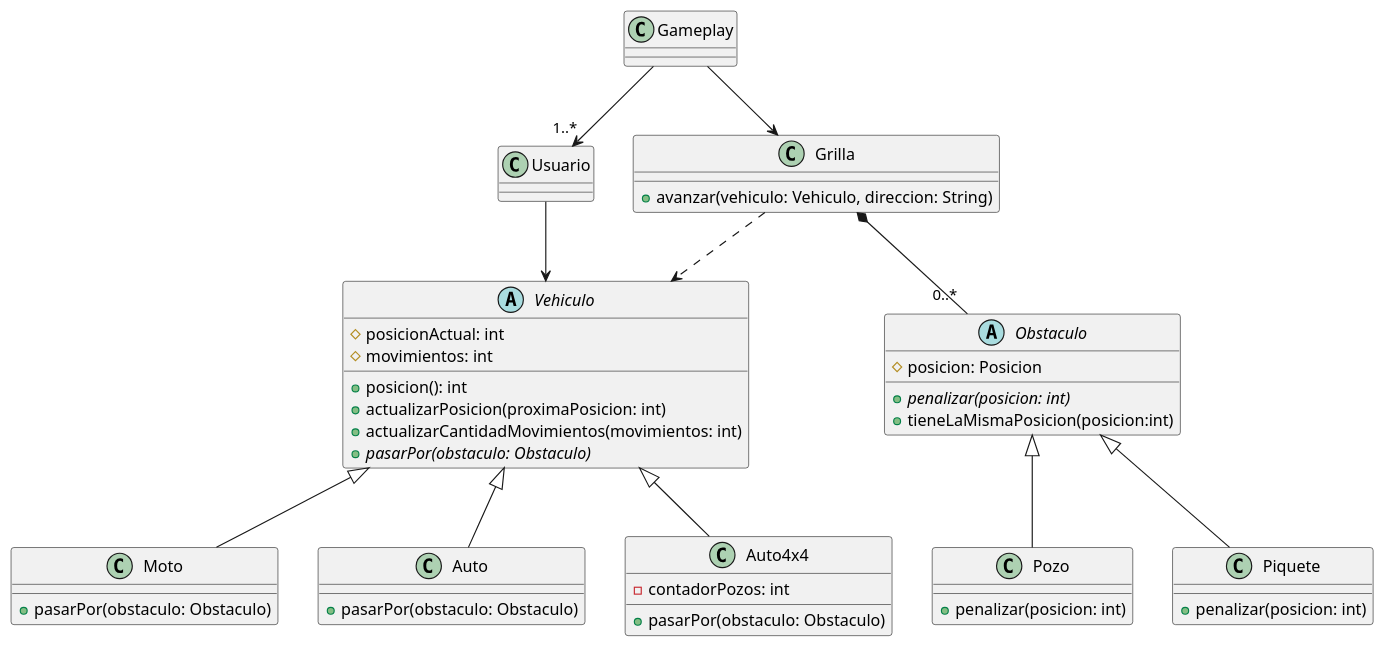
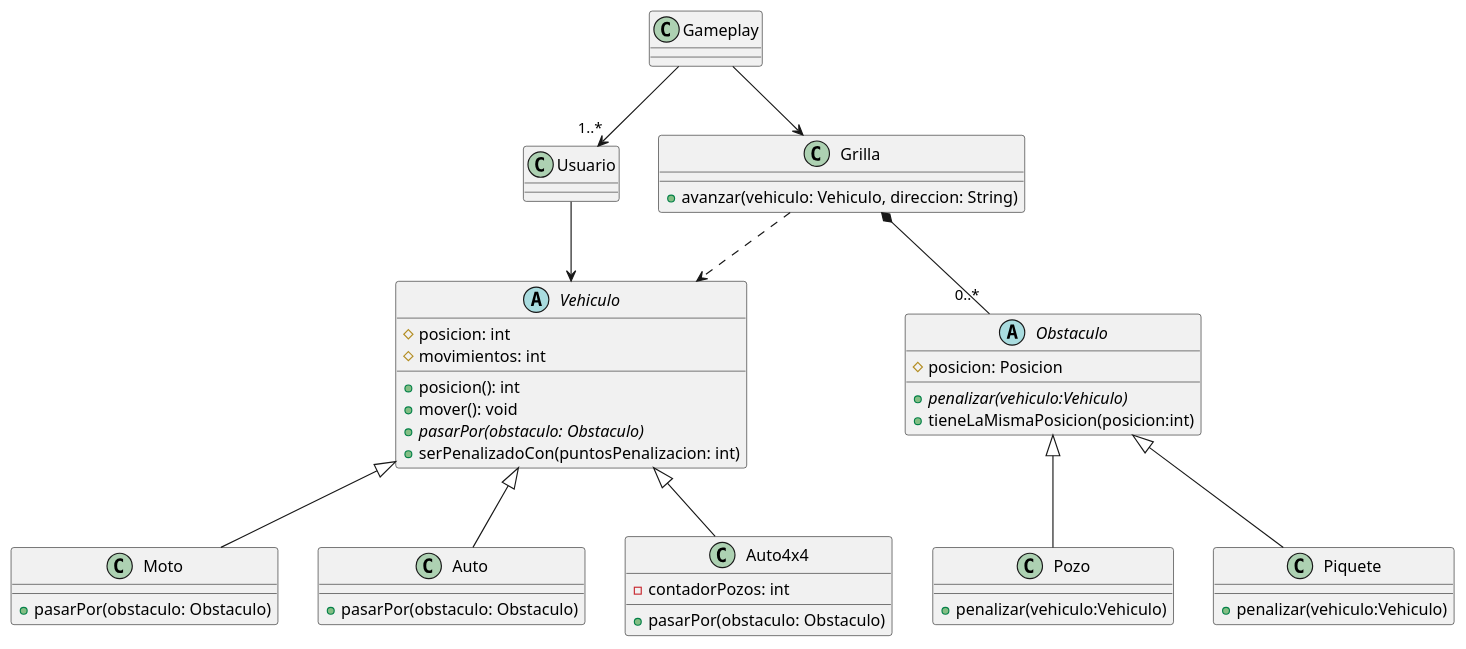
The diagram in diagrams/classes/dc.plantuml (Dolo-pavon01/gpsChallenge), drawn with PlantUML before and after one commit.

```diff
--- a/diagrams/classes/dc.plantuml
+++ b/diagrams/classes/dc.plantuml
@@ -1,60 +1,60 @@
 @startuml
 
 class Gameplay {}
 
 class Grilla {
     + avanzar(vehiculo: Vehiculo, direccion: String)
 }
 
 class Usuario {}
 
 abstract class Vehiculo {
-    # posicionActual: int
+    # posicion: int
     # movimientos: int
     + posicion(): int
-    + actualizarPosicion(proximaPosicion: int)
-    + actualizarCantidadMovimientos(movimientos: int)
+    + mover(): void
     + {abstract} pasarPor(obstaculo: Obstaculo)
+    + serPenalizadoCon(puntosPenalizacion: int)
 }
 
 class Moto {
     + pasarPor(obstaculo: Obstaculo)
 }
 
 class Auto {
     + pasarPor(obstaculo: Obstaculo)
 }
 
 class Auto4x4 {
     - contadorPozos: int
     + pasarPor(obstaculo: Obstaculo)
 }
 
 abstract class Obstaculo {
     # posicion: Posicion
-    + {abstract} penalizar(posicion: int)
+    + {abstract} penalizar(vehiculo:Vehiculo)
     + tieneLaMismaPosicion(posicion:int)
 }
 
 class Pozo {
-    + penalizar(posicion: int)
+    + penalizar(vehiculo:Vehiculo)
 }
 
 class Piquete {
-    + penalizar(posicion: int)
+    + penalizar(vehiculo:Vehiculo)
 }
 
 Gameplay --> Grilla
 Usuario --> Vehiculo
 
 Gameplay --> "1..*" Usuario
 Grilla ..> Vehiculo
 Grilla *-- "0..*" Obstaculo
 Vehiculo <|-- Moto
 Vehiculo <|-- Auto
 Vehiculo <|-- Auto4x4
 
 Obstaculo <|-- Pozo
 Obstaculo <|-- Piquete
 
 @enduml
```
